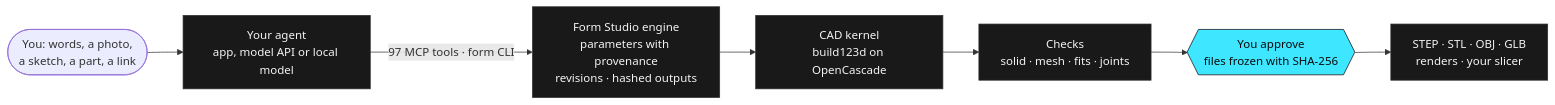
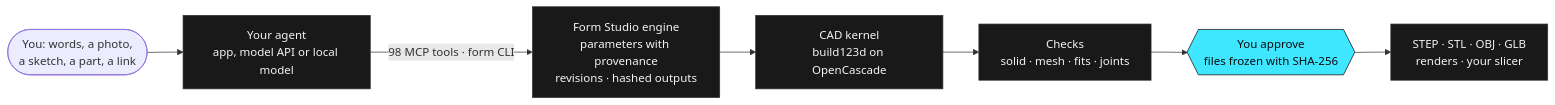
The diagram in README.md (kaizensx/form-studio), drawn with Mermaid before and after one commit. The commit also changed other lines of this file and 19 other files, not shown here.

````diff
--- a/README.md
+++ b/README.md
@@ -86,13 +86,13 @@
 ```mermaid
 flowchart LR
   you(["You: words, a photo,<br/>a sketch, a part, a link"]) --> agent["Your agent<br/>app, model API or local model"]
-  agent -- "97 MCP tools · form CLI" --> engine["Form Studio engine<br/>parameters with provenance<br/>revisions · hashed outputs"]
+  agent -- "98 MCP tools · form CLI" --> engine["Form Studio engine<br/>parameters with provenance<br/>revisions · hashed outputs"]
   engine --> kernel["CAD kernel<br/>build123d on OpenCascade"]
   kernel --> checks["Checks<br/>solid · mesh · fits · joints"]
   checks --> release{{"You approve<br/>files frozen with SHA-256"}}
   release --> out["STEP · STL · OBJ · GLB<br/>renders · your slicer"]
   classDef datum fill:#3ee6ff,stroke:#0b0b0c,color:#0b0b0c
   classDef plate fill:#19191a,stroke:#2f2f31,color:#f4f3f1
   class release datum
   class agent,engine,kernel,checks,out plate
 ```
````
